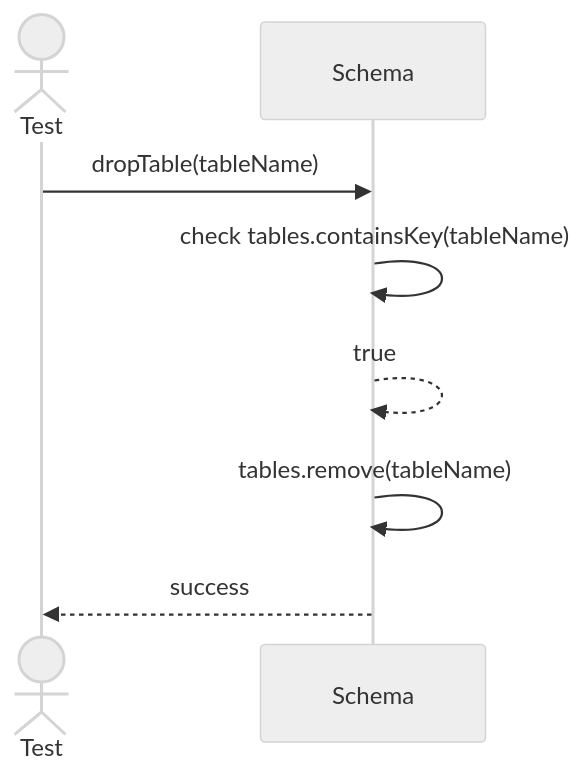
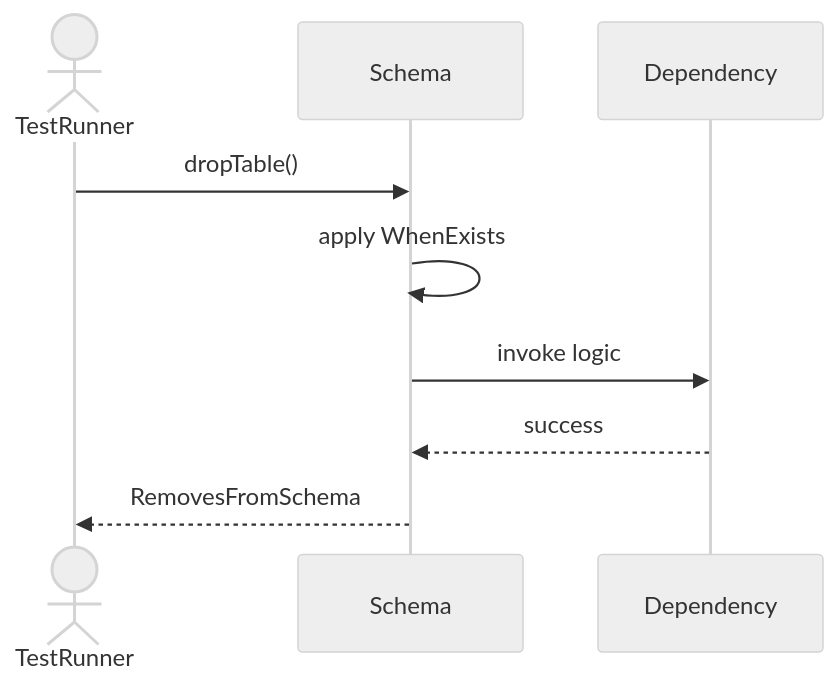
Before and after one commit to TamBui1706/DBMS: the fourth of 8 diagrams in Sequences/DatabaseObjectManagement/Schema.md, drawn with Mermaid (neutral theme). The commit also changed other lines of this file and 63 other files, not shown here.

Commit message:
Draw sequence diagram for unit tests

````diff
--- a/Sequences/DatabaseObjectManagement/Schema.md
+++ b/Sequences/DatabaseObjectManagement/Schema.md
@@ -58,11 +57,10 @@
 ```mermaid
 sequenceDiagram
-    actor Test
+    actor TestRunner
     participant Schema
-
-    Test->>Schema: dropTable(tableName)
-    Schema->>Schema: check tables.containsKey(tableName)
-    Schema-->>Schema: true
-    Schema->>Schema: tables.remove(tableName)
-    Schema-->>Test: success
+    TestRunner->>Schema: dropTable()
+    Schema->>Schema: apply WhenExists
+    Schema->>Dependency: invoke logic
+    Dependency-->>Schema: success
+    Schema-->>TestRunner: RemovesFromSchema
 ```
````
